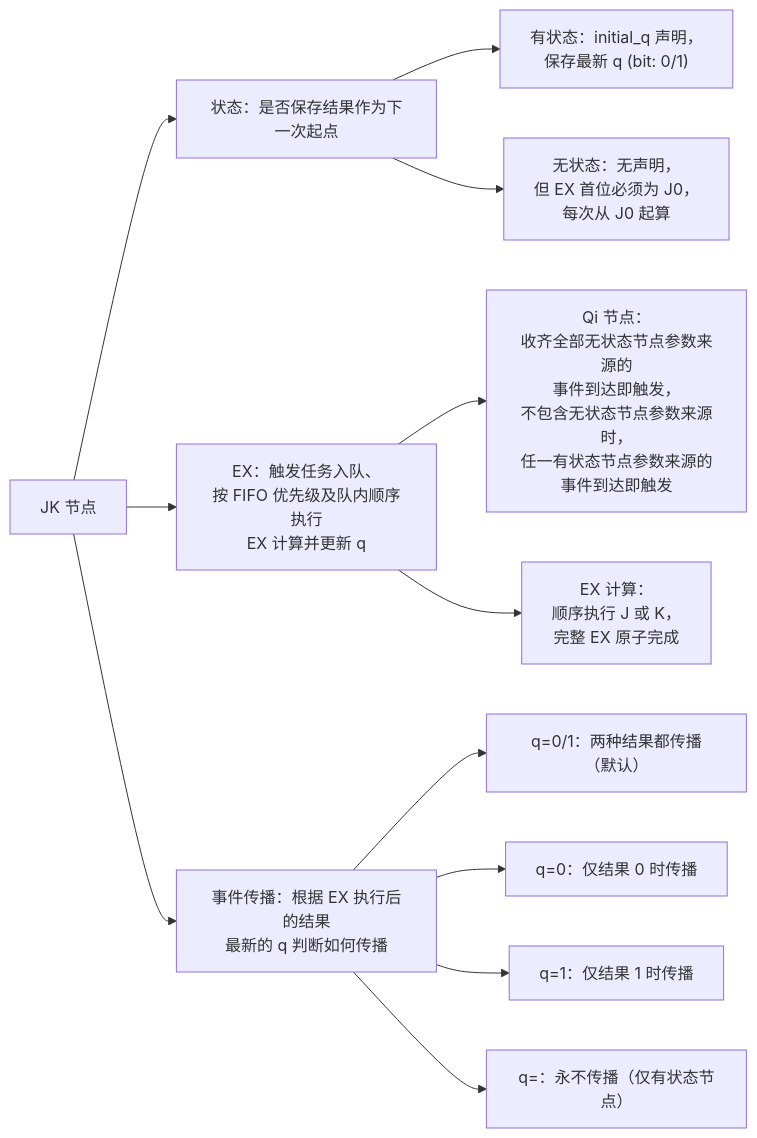
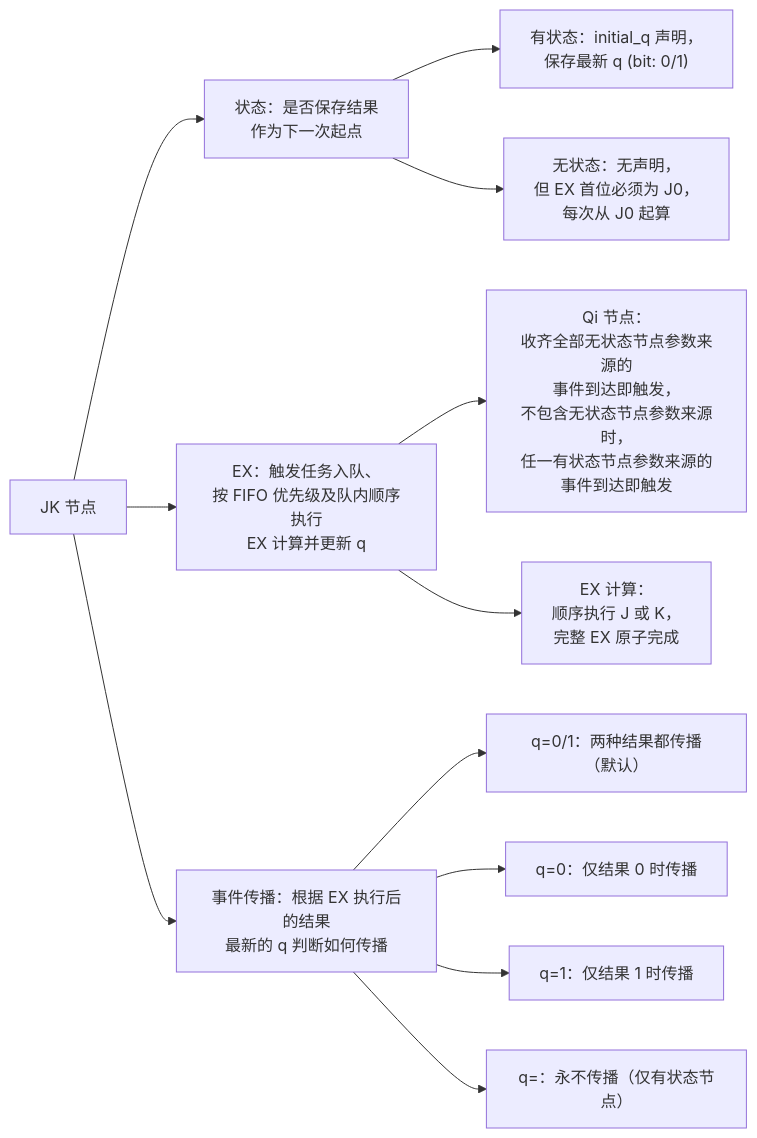
One commit to cczzrs/JK changed the second of 4 diagrams in docs/JKRD.md. Above: the diagram before and after it, drawn with Mermaid. The commit also changed other lines of this file and 9 other files, not shown here.

````diff
--- a/docs/JKRD.md
+++ b/docs/JKRD.md
@@ -43,14 +57,14 @@
 ```mermaid
 flowchart LR
-  Q["JK 节点"] --> S["状态：是否保存结果作为下一次起点"]
+  Q["JK 节点"] --> S["状态：是否保存结果<br/>作为下一次起点"]
   Q --> E["EX：触发任务入队、<br/>按 FIFO 优先级及队内顺序执行<br/>EX 计算并更新 q"]
   Q --> T["事件传播：根据 EX 执行后的结果<br/>最新的 q 判断如何传播"]
   S --> S1["有状态：initial_q 声明，<br/>保存最新 q (bit: 0/1)"]
   S --> S0["无状态：无声明，<br/>但 EX 首位必须为 J0，<br/>每次从 J0 起算"]
   E --> E1["Qi 节点：<br/>收齐全部无状态节点参数来源的<br/>事件到达即触发，<br/>不包含无状态节点参数来源时，<br/>任一有状态节点参数来源的<br/>事件到达即触发"]
   E --> E2["EX 计算：<br/>顺序执行 J 或 K，<br/>完整 EX 原子完成"]
   T --> P1["q=0/1：两种结果都传播（默认）"]
   T --> P2["q=0：仅结果 0 时传播"]
   T --> P3["q=1：仅结果 1 时传播"]
   T --> P4["q=：永不传播（仅有状态节点）"]
 ```
````
